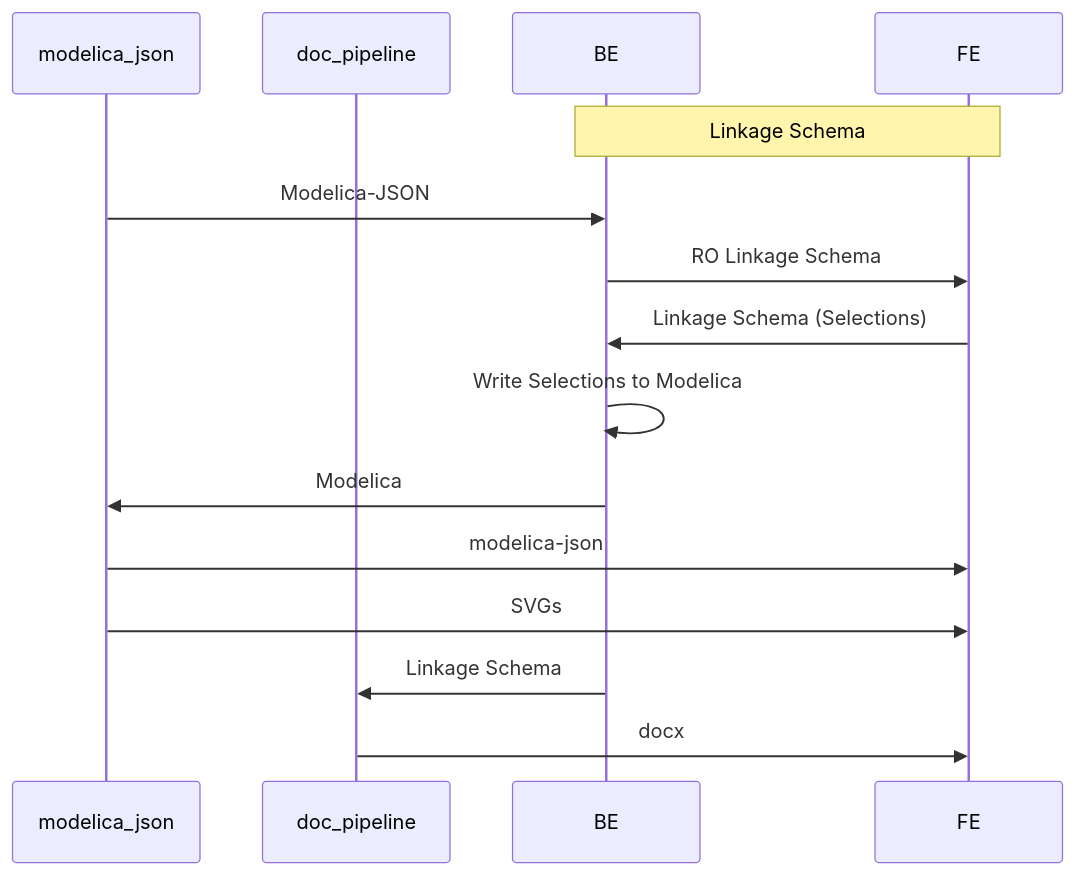
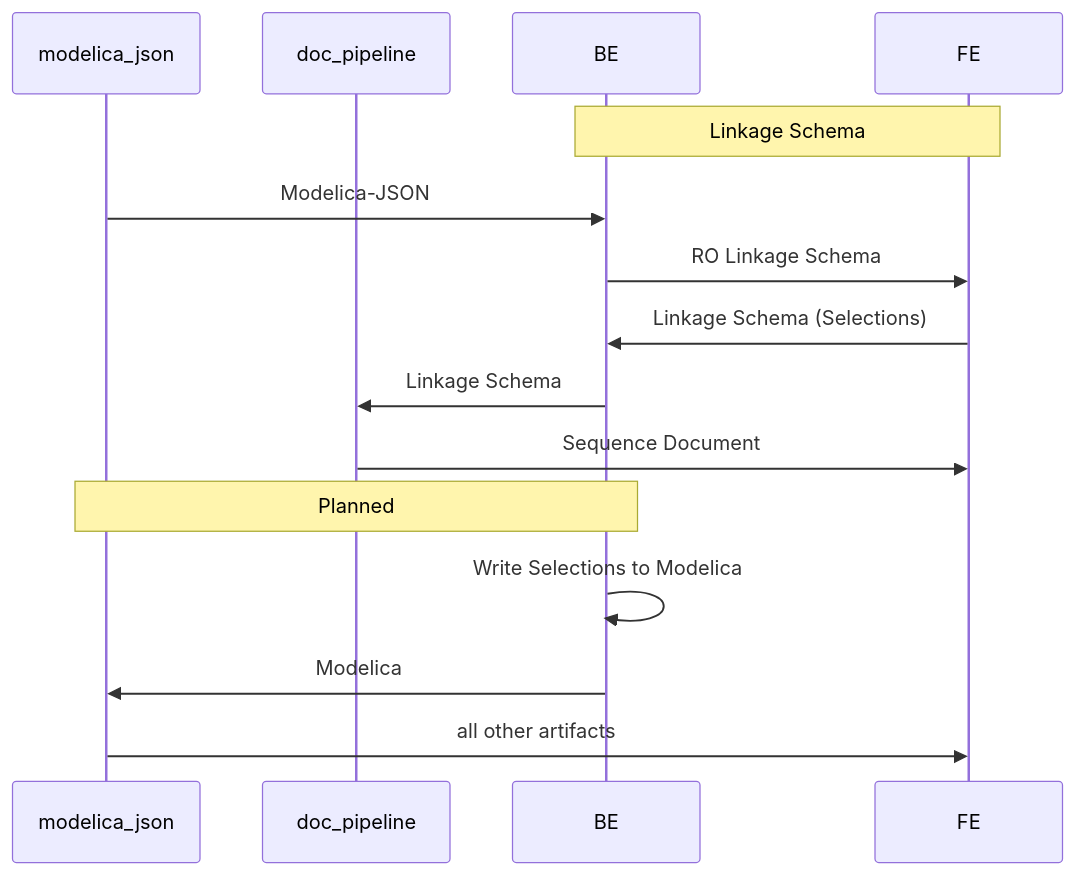
The diagram in docs/linkage-schema.md (lbl-srg/ctrl-flow-dev), drawn with Mermaid before and after one commit. The commit also changed other lines of this file, not shown here.

Commit message:
Update `linkage-schema` doc

````diff
--- a/docs/linkage-schema.md
+++ b/docs/linkage-schema.md
@@ -28,17 +28,17 @@
 ```mermaid
 sequenceDiagram
     participant modelica_json
     participant doc_pipeline
     participant BE
     Note over BE,FE: Linkage Schema
     participant FE
     modelica_json->>BE: Modelica-JSON
     BE->>FE: RO Linkage Schema
     FE->> BE: Linkage Schema (Selections)
+    BE->>doc_pipeline: Linkage Schema
+    doc_pipeline->>FE: Sequence Document
+    Note over modelica_json,BE: Planned
     BE->>BE: Write Selections to Modelica
     BE->>modelica_json: Modelica
-    modelica_json->>FE: modelica-json
-    modelica_json->>FE: SVGs
-    BE->>doc_pipeline: Linkage Schema
-    doc_pipeline->>FE: docx
+    modelica_json->>FE: all other artifacts
 ```
````
